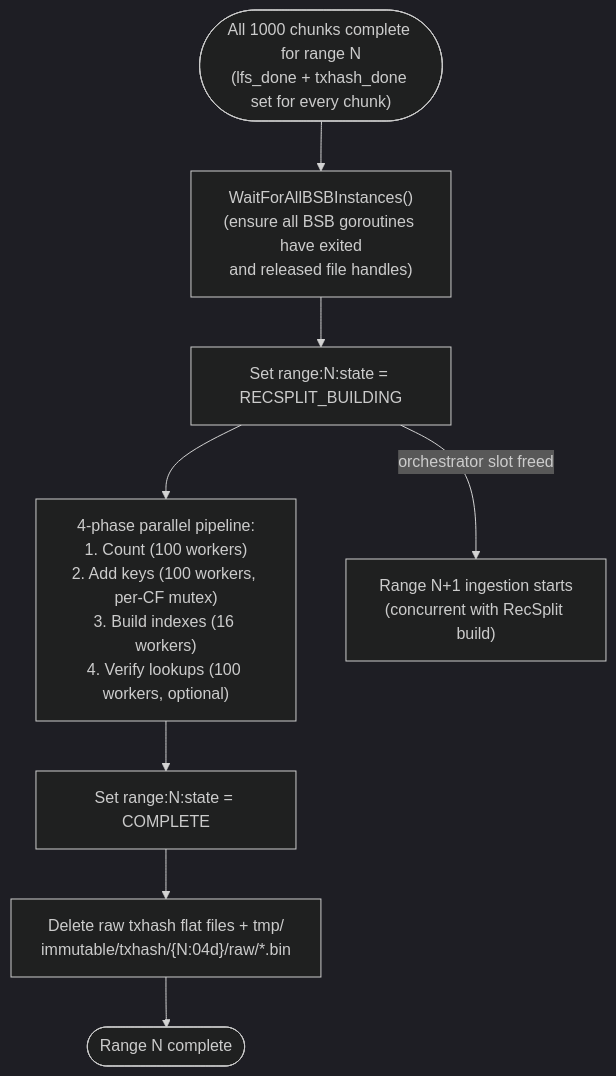
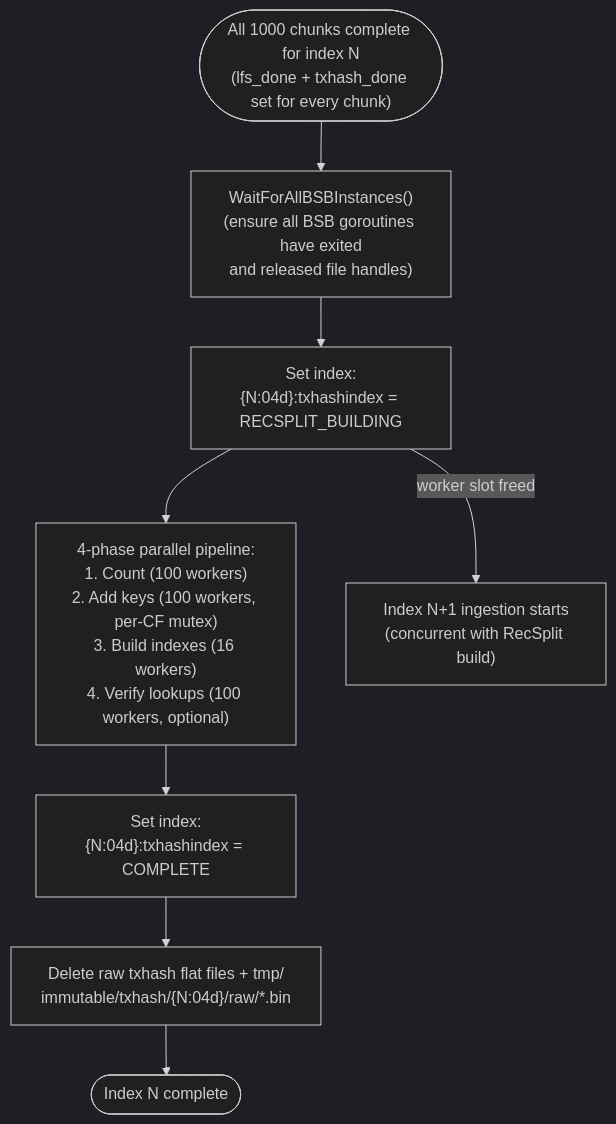
Before and after one commit to stellar/stellar-rpc: the ninth of 12 diagrams in full-history/design-docs/01-architecture-overview.md, drawn with Mermaid (dark theme). The commit also changed other lines of this file, not shown here.

Commit message:
docs: 01-architecture-overview — range→index sweep

````diff
--- a/full-history/design-docs/01-architecture-overview.md
+++ b/full-history/design-docs/01-architecture-overview.md
@@ -230,11 +232,11 @@
 ```mermaid
 flowchart TD
-    DONE1000(["All 1000 chunks complete for range N<br/>(lfs_done + txhash_done set for every chunk)"]) --> BARRIER["WaitForAllBSBInstances()<br/>(ensure all BSB goroutines have exited<br/>and released file handles)"]
-    BARRIER --> SET_RS["Set range:N:state = RECSPLIT_BUILDING"]
+    DONE1000(["All 1000 chunks complete for index N<br/>(lfs_done + txhash_done set for every chunk)"]) --> BARRIER["WaitForAllBSBInstances()<br/>(ensure all BSB goroutines have exited<br/>and released file handles)"]
+    BARRIER --> SET_RS["Set index:{N:04d}:txhashindex = RECSPLIT_BUILDING"]
     SET_RS --> BUILD_CFS["4-phase parallel pipeline:<br/>1. Count (100 workers)<br/>2. Add keys (100 workers, per-CF mutex)<br/>3. Build indexes (16 workers)<br/>4. Verify lookups (100 workers, optional)"]
-    BUILD_CFS --> RS_COMPLETE["Set range:N:state = COMPLETE"]
+    BUILD_CFS --> RS_COMPLETE["Set index:{N:04d}:txhashindex = COMPLETE"]
     RS_COMPLETE --> DELETE_RAW["Delete raw txhash flat files + tmp/<br/>immutable/txhash/{N:04d}/raw/*.bin"]
-    DELETE_RAW --> RANGE_DONE(["Range N complete"])
+    DELETE_RAW --> INDEX_DONE(["Index N complete"])
 
-    SET_RS -->|"orchestrator slot freed"| INGEST_NEXT["Range N+1 ingestion starts<br/>(concurrent with RecSplit build)"]
+    SET_RS -->|"worker slot freed"| INGEST_NEXT["Index N+1 ingestion starts<br/>(concurrent with RecSplit build)"]
 ```
````
